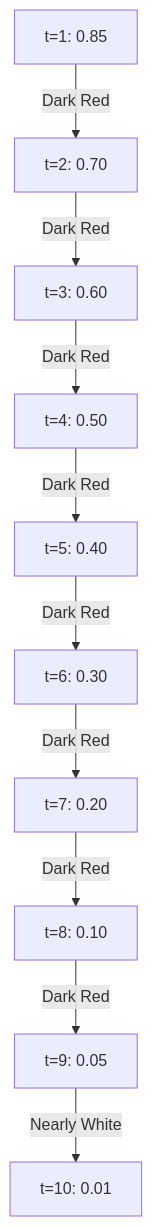
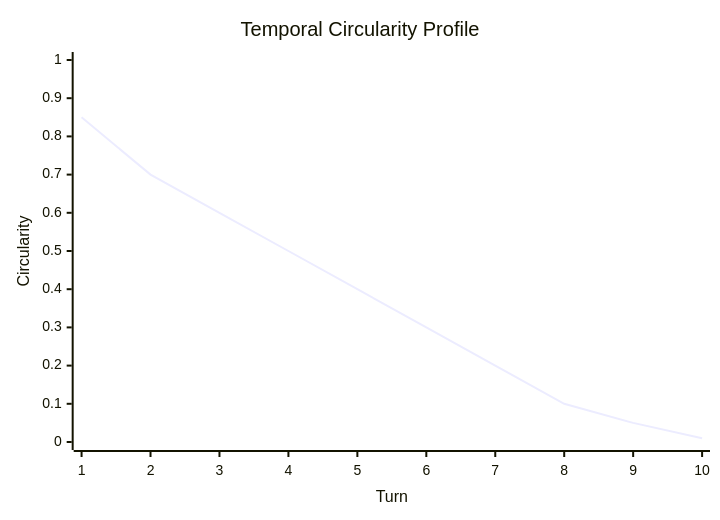
One commit to sivanhavkin/Entelgia changed the fourth of 4 diagrams in research.md. Above: the diagram before and after it, drawn with Mermaid. The commit also changed other lines of this file, not shown here.

Commit message:
Fix graphs in research.md and add real academic bibliography

````diff
--- a/research.md
+++ b/research.md
@@ -183,12 +183,7 @@
 ```mermaid
-graph TD;
-    A[t=1: 0.85] -->|Dark Red| B[t=2: 0.70]
-    B -->|Dark Red| C[t=3: 0.60]
-    C -->|Dark Red| D[t=4: 0.50]
-    D -->|Dark Red| E[t=5: 0.40]
-    E -->|Dark Red| F[t=6: 0.30]
-    F -->|Dark Red| G[t=7: 0.20]
-    G -->|Dark Red| H[t=8: 0.10]
-    H -->|Dark Red| I[t=9: 0.05]
-    I -->|Nearly White| J[t=10: 0.01]
+xychart-beta
+    title "Temporal Circularity Profile"
+    x-axis "Turn" [1, 2, 3, 4, 5, 6, 7, 8, 9, 10]
+    y-axis "Circularity" 0 --> 1
+    line [0.85, 0.70, 0.60, 0.50, 0.40, 0.30, 0.20, 0.10, 0.05, 0.01]
 ```
````
